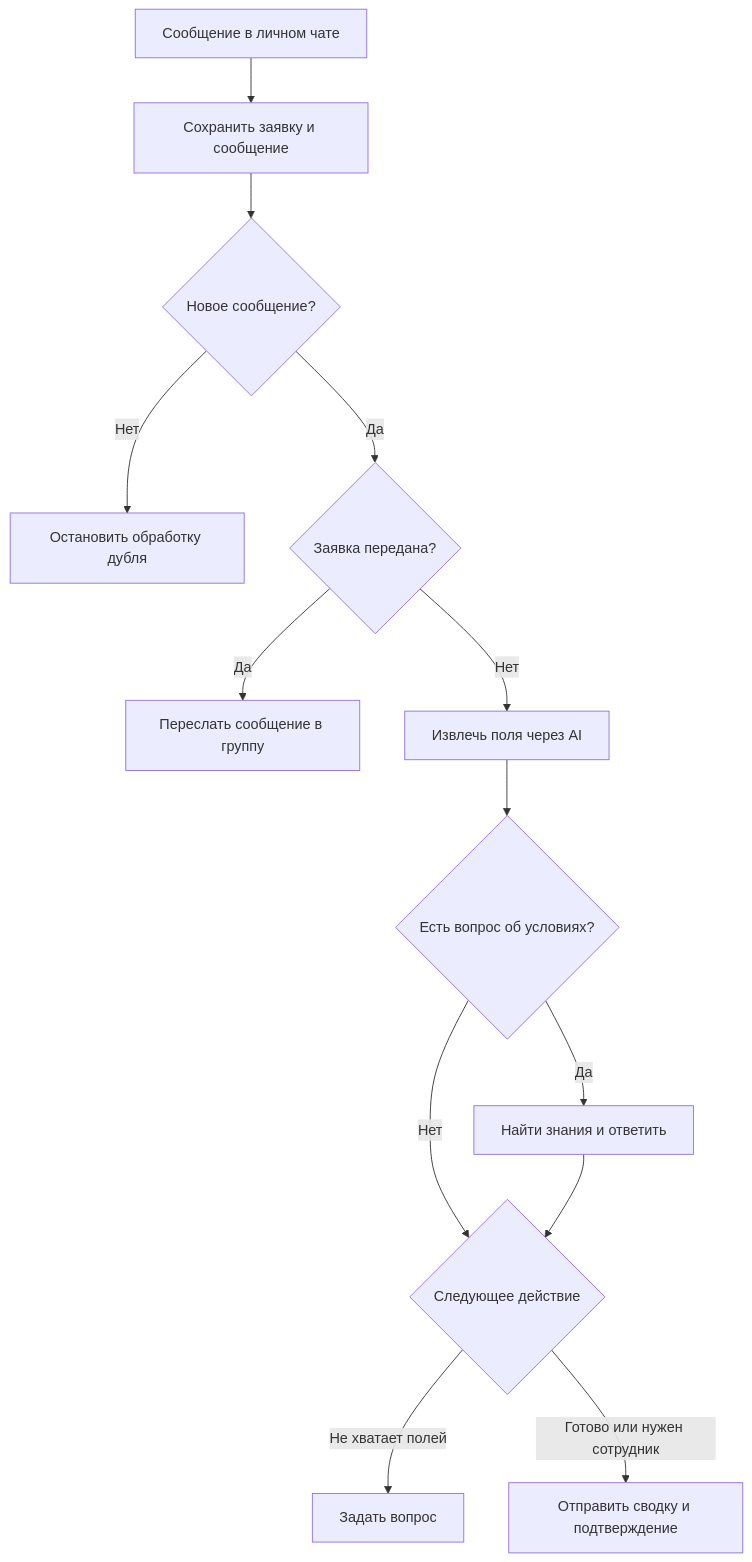
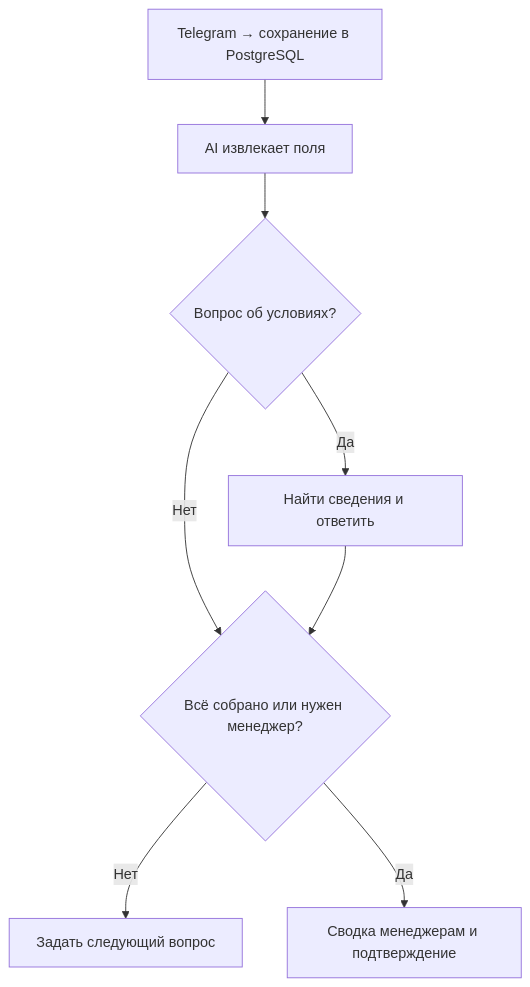
The diagram in README_RU.md (AlexZaytsev-ai/Lead-intake-handoff), drawn with Mermaid before and after one commit. The commit also changed other lines of this file and 1 other file, not shown here.

````diff
--- a/README_RU.md
+++ b/README_RU.md
@@ -29,15 +18,10 @@
 ```mermaid
 flowchart TD
-    A["Сообщение в личном чате"] --> B["Сохранить заявку и сообщение"]
-    B --> C{"Новое сообщение?"}
-    C -->|Нет| D["Остановить обработку дубля"]
-    C -->|Да| E{"Заявка передана?"}
-    E -->|Да| F["Переслать сообщение в группу"]
-    E -->|Нет| G["Извлечь поля через AI"]
-    G --> H{"Есть вопрос об условиях?"}
-    H -->|Да| I["Найти знания и ответить"]
-    H -->|Нет| J{"Следующее действие"}
-    I --> J
-    J -->|Не хватает полей| K["Задать вопрос"]
-    J -->|Готово или нужен сотрудник| L["Отправить сводку и подтверждение"]
+    A["Telegram → сохранение в PostgreSQL"] --> B["AI извлекает поля"]
+    B --> C{"Вопрос об условиях?"}
+    C -->|Да| D["Найти сведения и ответить"]
+    C -->|Нет| E{"Всё собрано или нужен менеджер?"}
+    D --> E
+    E -->|Нет| F["Задать следующий вопрос"]
+    E -->|Да| G["Сводка менеджерам и подтверждение"]
 ```
````
